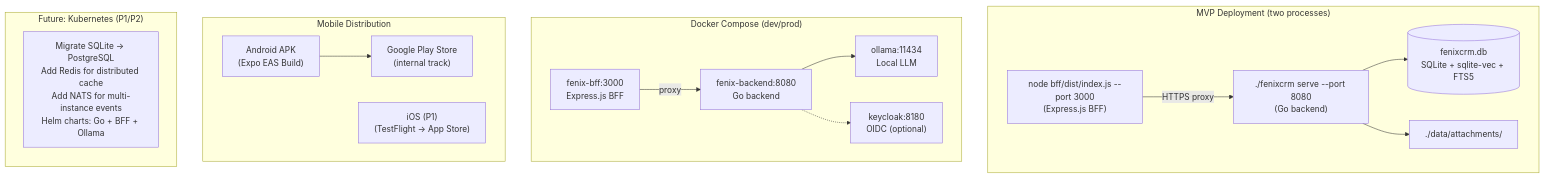
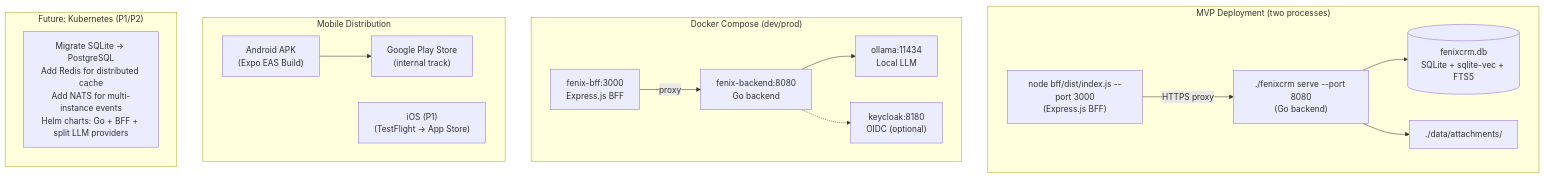
One commit to krukmat/fenix changed diagram 12 of 12 in docs/architecture.md. Above: the diagram before and after it, drawn with Mermaid. The commit also changed other lines of this file and 11 other files, not shown here.

````diff
--- a/docs/architecture.md
+++ b/docs/architecture.md
@@ -1330,32 +1369,32 @@
 ```mermaid
 flowchart TB
     subgraph MVP["MVP Deployment (two processes)"]
         BIN["./fenixcrm serve --port 8080<br/>(Go backend)"]
         BFF_PROC["node bff/dist/index.js --port 3000<br/>(Express.js BFF)"]
         BIN --> SQLITE_F[("fenixcrm.db<br/>SQLite + sqlite-vec + FTS5")]
         BIN --> FS_F["./data/attachments/"]
         BFF_PROC -->|"HTTPS proxy"| BIN
     end
 
     subgraph Docker["Docker Compose (dev/prod)"]
         APP_GO["fenix-backend:8080<br/>Go backend"]
         APP_BFF["fenix-bff:3000<br/>Express.js BFF"]
         OLLAMA_D["ollama:11434<br/>Local LLM"]
         KC_D["keycloak:8180<br/>OIDC (optional)"]
         APP_BFF -->|"proxy"| APP_GO
         APP_GO --> OLLAMA_D
         APP_GO -.-> KC_D
     end
 
     subgraph MobileDist["Mobile Distribution"]
         APK["Android APK<br/>(Expo EAS Build)"]
         PLAY["Google Play Store<br/>(internal track)"]
         IOS["iOS (P1)<br/>(TestFlight → App Store)"]
         APK --> PLAY
     end
 
     subgraph Future["Future: Kubernetes (P1/P2)"]
         direction TB
-        NOTE["Migrate SQLite → PostgreSQL<br/>Add Redis for distributed cache<br/>Add NATS for multi-instance events<br/>Helm charts: Go + BFF + Ollama"]
+        NOTE["Migrate SQLite → PostgreSQL<br/>Add Redis for distributed cache<br/>Add NATS for multi-instance events<br/>Helm charts: Go + BFF + split LLM providers"]
     end
 ```
````
